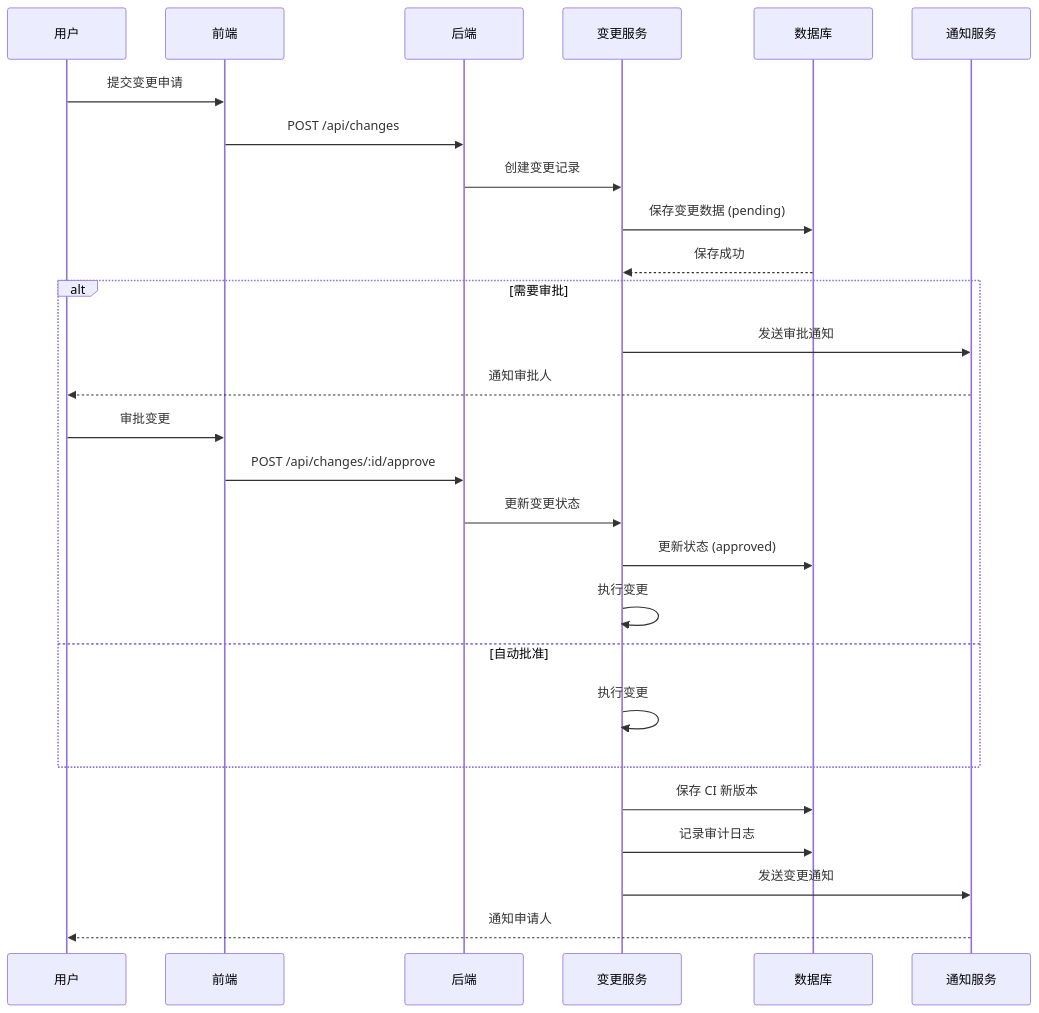
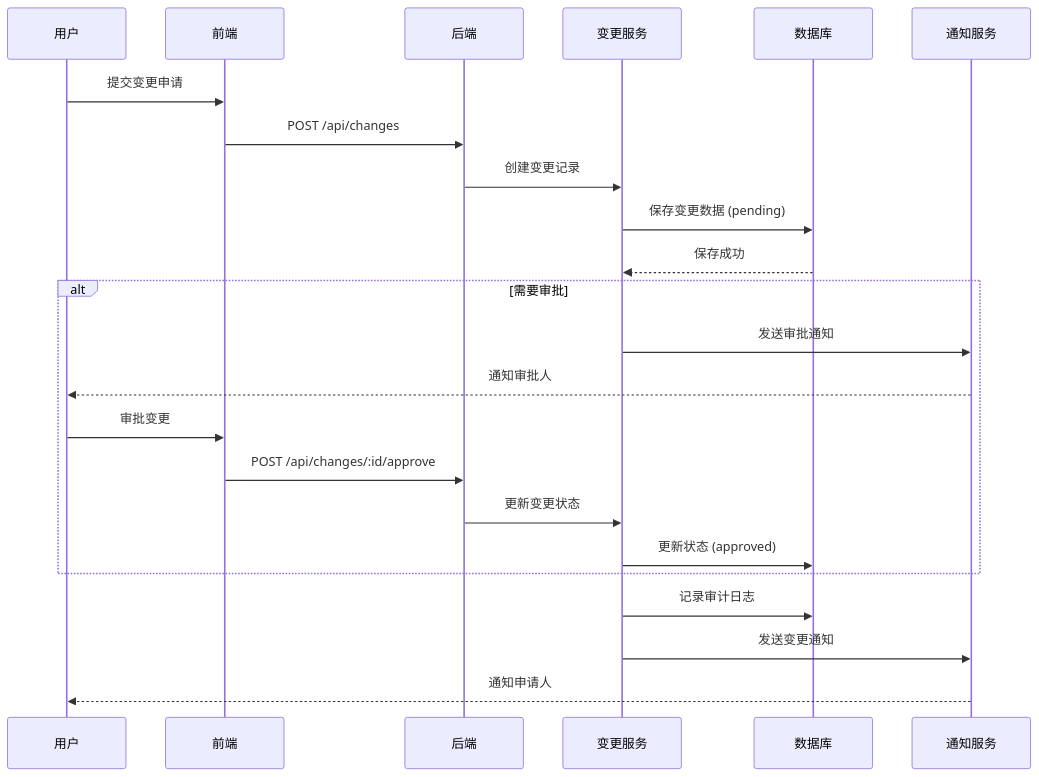
Before and after one commit to buhaiqing/cmdb-web-reactjs: the fourth of 5 diagrams in docs/architecture.md, drawn with Mermaid. The commit also changed other lines of this file and 7 other files, not shown here.

First line of the commit message:
fix: correct AGENTS.md factual drift + rewrite architecture.md + remove stale tests/README.md

````diff
--- a/docs/architecture.md
+++ b/docs/architecture.md
@@ -430,32 +271,28 @@
 ```mermaid
 sequenceDiagram
     participant User as 用户
     participant FE as 前端
     participant BE as 后端
     participant Change as 变更服务
     participant DB as 数据库
     participant Notify as 通知服务
 
     User->>FE: 提交变更申请
     FE->>BE: POST /api/changes
     BE->>Change: 创建变更记录
     Change->>DB: 保存变更数据 (pending)
     DB-->>Change: 保存成功
 
     alt 需要审批
         Change->>Notify: 发送审批通知
         Notify-->>User: 通知审批人
         User->>FE: 审批变更
         FE->>BE: POST /api/changes/:id/approve
         BE->>Change: 更新变更状态
         Change->>DB: 更新状态 (approved)
-        Change->>Change: 执行变更
-    else 自动批准
-        Change->>Change: 执行变更
     end
 
-    Change->>DB: 保存 CI 新版本
     Change->>DB: 记录审计日志
     Change->>Notify: 发送变更通知
     Notify-->>User: 通知申请人
 ```
````
